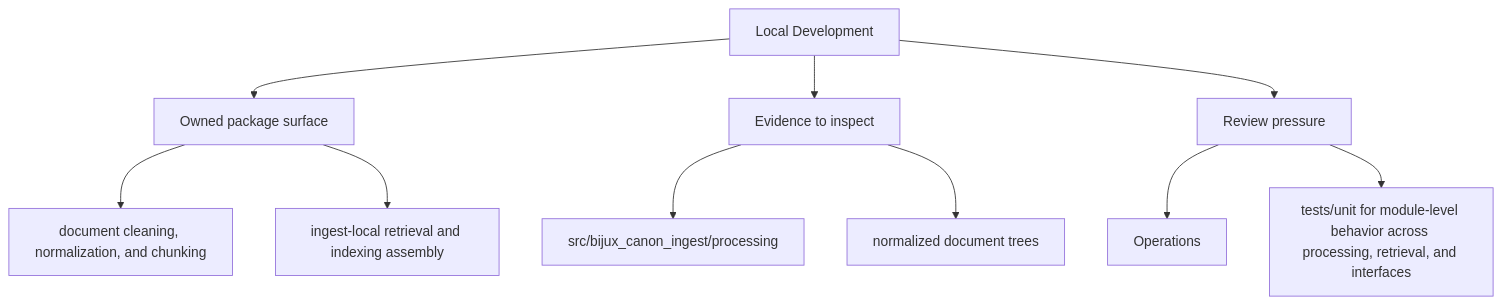
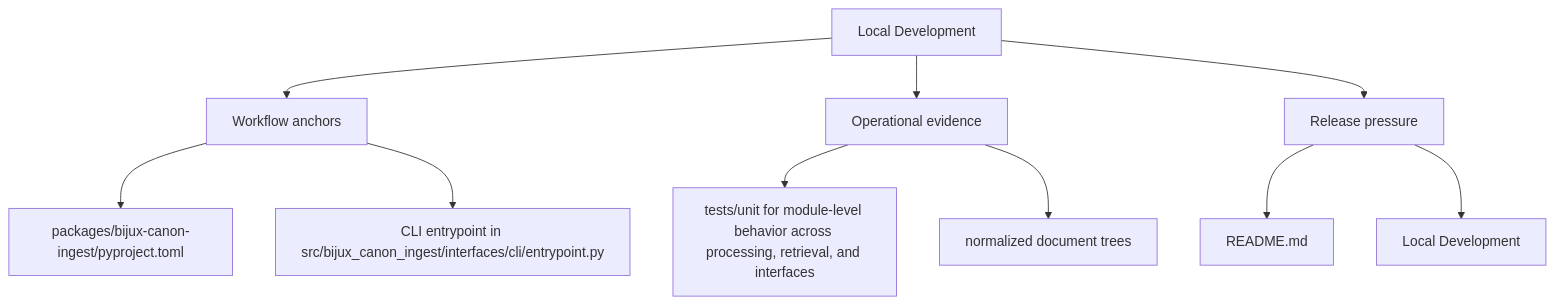
The second of 2 diagrams in docs/bijux-canon-ingest/operations/local-development.md (bijux/bijux-canon), drawn with Mermaid before and after one commit. The commit also changed other lines of this file and 250 other files, not shown here.

Commit message:
docs(diagrams): make product page maps more readable

````diff
--- a/docs/bijux-canon-ingest/operations/local-development.md
+++ b/docs/bijux-canon-ingest/operations/local-development.md
@@ -35,22 +35,22 @@
 ```mermaid
 flowchart TD
     page["Local Development"]
-    focus1["Owned package surface"]
+    focus1["Workflow anchors"]
     page --> focus1
-    focus1_1["document cleaning, normalization, and chunking"]
+    focus1_1["packages/bijux-canon-ingest/pyproject.toml"]
     focus1 --> focus1_1
-    focus1_2["ingest-local retrieval and indexing assembly"]
+    focus1_2["CLI entrypoint in src/bijux_canon_ingest/interfaces/cli/entrypoint.py"]
     focus1 --> focus1_2
-    focus2["Evidence to inspect"]
+    focus2["Operational evidence"]
     page --> focus2
-    focus2_1["src/bijux_canon_ingest/processing"]
+    focus2_1["tests/unit for module-level behavior across processing, retrieval, and interfaces"]
     focus2 --> focus2_1
     focus2_2["normalized document trees"]
     focus2 --> focus2_2
-    focus3["Review pressure"]
+    focus3["Release pressure"]
     page --> focus3
-    focus3_1["Operations"]
+    focus3_1["README.md"]
     focus3 --> focus3_1
-    focus3_2["tests/unit for module-level behavior across processing, retrieval, and interfaces"]
+    focus3_2["Local Development"]
     focus3 --> focus3_2
 ```
````
